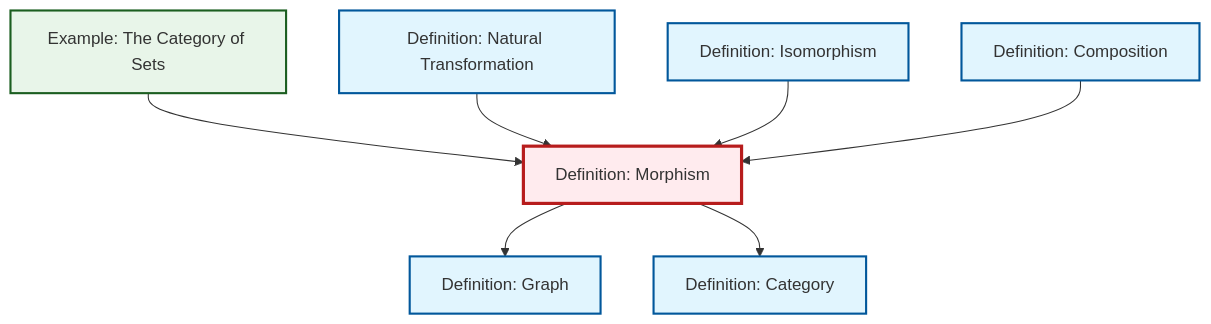
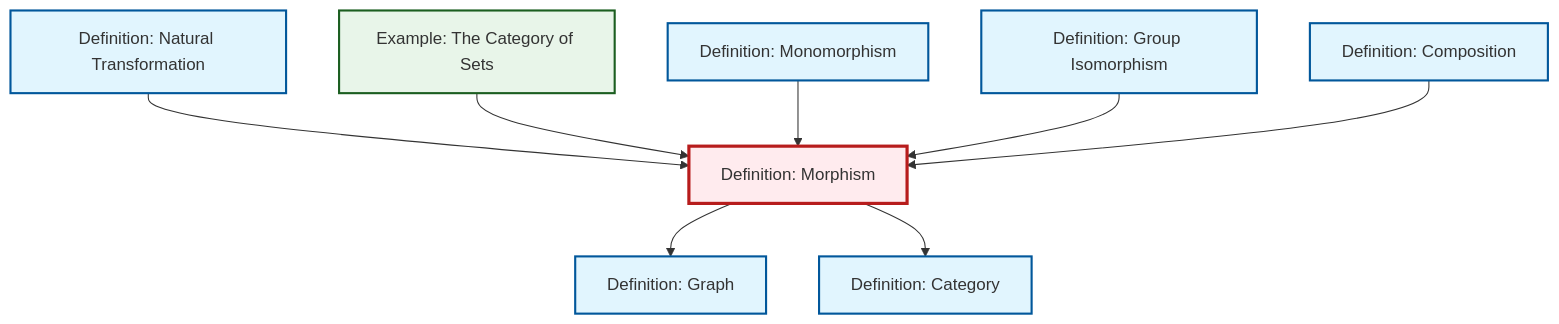
The diagram in content/en/category-theory/def-morphism.qmd (RK0429/ModernMath), drawn with Mermaid before and after one commit. The commit also changed other lines of this file and 581 other files, not shown here.

````diff
--- a/content/en/category-theory/def-morphism.qmd
+++ b/content/en/category-theory/def-morphism.qmd
@@ -56,29 +56,32 @@
 ```{mermaid}
 %%| fig-cap: "Local dependency graph"
 graph TD
     classDef definition fill:#e1f5fe,stroke:#01579b,stroke-width:2px
     classDef theorem fill:#f3e5f5,stroke:#4a148c,stroke-width:2px
     classDef axiom fill:#fff3e0,stroke:#e65100,stroke-width:2px
     classDef example fill:#e8f5e9,stroke:#1b5e20,stroke-width:2px
     classDef current fill:#ffebee,stroke:#b71c1c,stroke-width:3px
+    ex-set-category["Example: The Category of Sets"]:::example
     def-graph["Definition: Graph"]:::definition
+    def-morphism["Definition: Morphism"]:::definition
     def-category["Definition: Category"]:::definition
+    def-monomorphism["Definition: Monomorphism"]:::definition
+    def-natural-transformation["Definition: Natural Transformation"]:::definition
+    def-isomorphism["Definition: Group Isomorphism"]:::definition
     def-composition["Definition: Composition"]:::definition
-    def-natural-transformation["Definition: Natural Transformation"]:::definition
-    def-morphism["Definition: Morphism"]:::definition
-    def-isomorphism["Definition: Isomorphism"]:::definition
-    ex-set-category["Example: The Category of Sets"]:::example
+    def-natural-transformation --> def-morphism
+    ex-set-category --> def-morphism
+    def-monomorphism --> def-morphism
     def-morphism --> def-graph
-    ex-set-category --> def-morphism
-    def-natural-transformation --> def-morphism
+    def-isomorphism --> def-morphism
     def-morphism --> def-category
-    def-isomorphism --> def-morphism
     def-composition --> def-morphism
     class def-morphism current
+    click ex-set-category "ex-set-category.html" "Go to The Category of Sets example"
     click def-graph "def-graph.html" "Go to Graph definition"
     click def-category "def-category.html" "Go to Category definition"
+    click def-monomorphism "def-monomorphism.html" "Go to Monomorphism definition"
+    click def-natural-transformation "def-natural-transformation.html" "Go to Natural Transformation definition"
+    click def-isomorphism "def-isomorphism.html" "Go to Group Isomorphism definition"
     click def-composition "def-composition.html" "Go to Composition definition"
-    click def-natural-transformation "def-natural-transformation.html" "Go to Natural Transformation definition"
-    click def-isomorphism "def-isomorphism.html" "Go to Isomorphism definition"
-    click ex-set-category "ex-set-category.html" "Go to The Category of Sets example"
 ```
````
